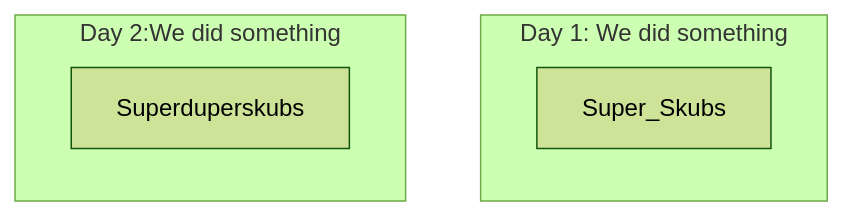
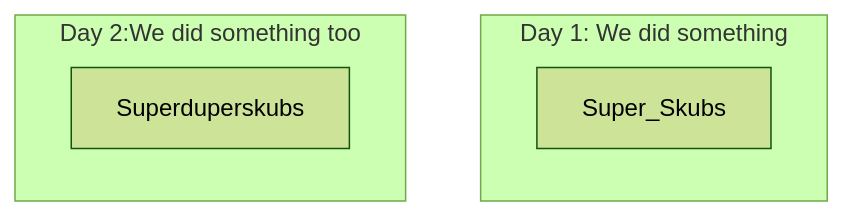
Before and after one commit to rsharma5128/student: the second of 2 diagrams in _posts/Foundation/B-tools_and_equipment/2025-11-21-tools_quest.md, drawn with Mermaid (forest theme).

Commit message:
changing text for uniquity

````diff
--- a/_posts/Foundation/B-tools_and_equipment/2025-11-21-tools_quest.md
+++ b/_posts/Foundation/B-tools_and_equipment/2025-11-21-tools_quest.md
@@ -59,9 +59,9 @@
 ```mermaid
 flowchart TD
     subgraph Day_1[Day 1: We did something]
         A[Super_Skubs]:::dayuno 
 end
-    subgraph Day_2[Day 2:We did something]
+    subgraph Day_2[Day 2:We did something too]
         B[Superduperskubs]:::daydos
 end
 ```
````
